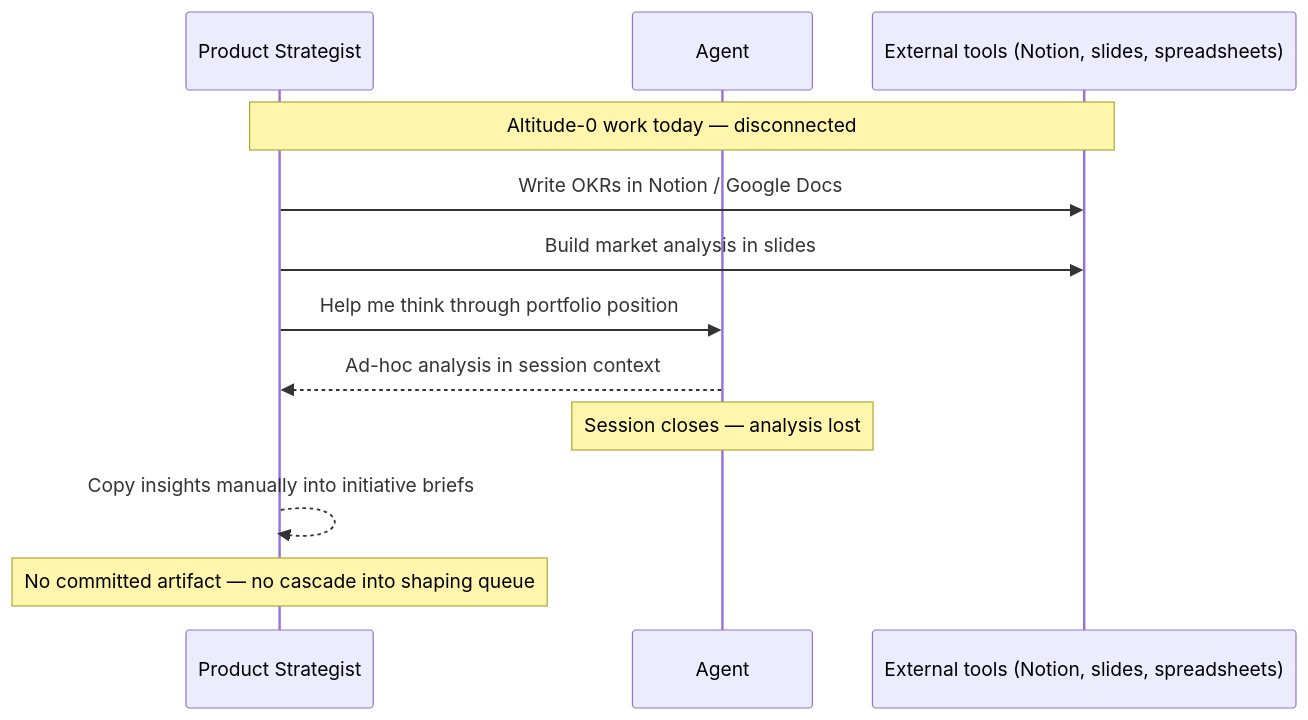
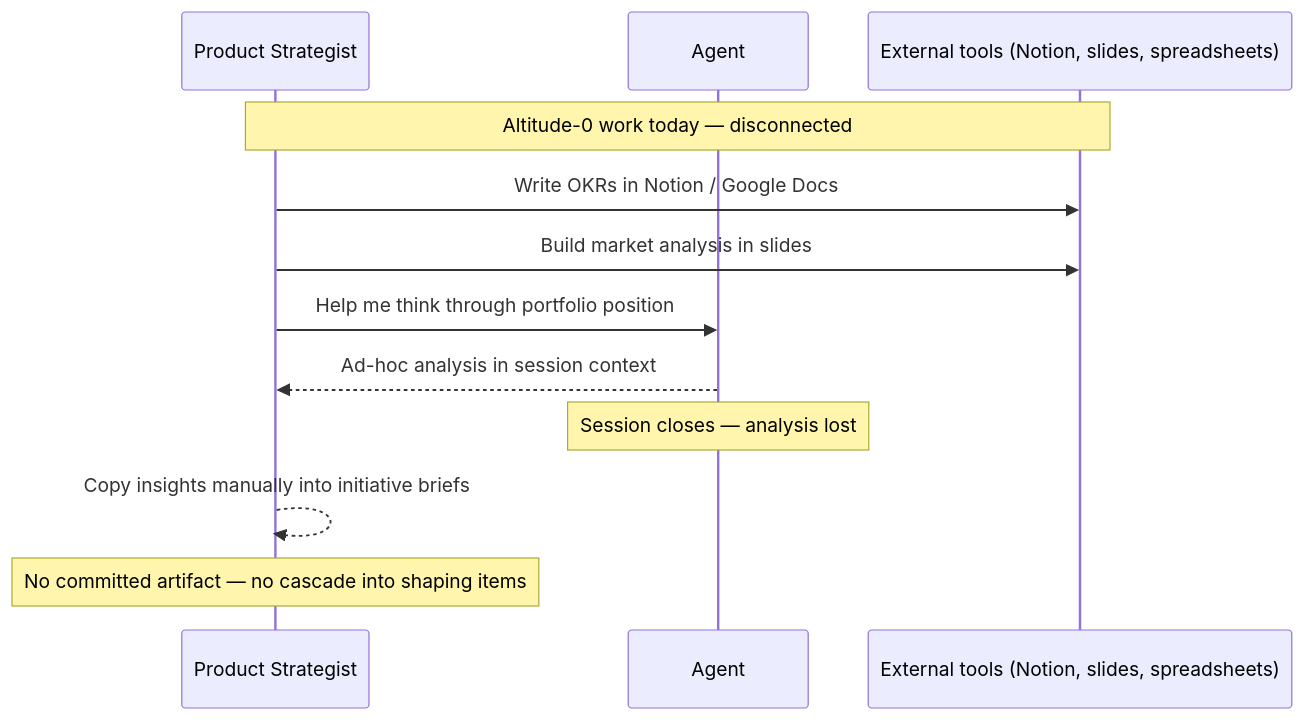
Before and after one commit to eugenelim/agent-ready-repo: the first of 2 diagrams in docs/product/journeys/product-strategist-sets-direction.md, drawn with Mermaid. The commit also changed other lines of this file and 213 other files, not shown here.

````diff
--- a/docs/product/journeys/product-strategist-sets-direction.md
+++ b/docs/product/journeys/product-strategist-sets-direction.md
@@ -57,15 +57,15 @@
 ```mermaid
 sequenceDiagram
     participant S as Product Strategist
     participant A as Agent
     participant F as External tools (Notion, slides, spreadsheets)
 
     Note over S,F: Altitude-0 work today — disconnected
     S->>F: Write OKRs in Notion / Google Docs
     S->>F: Build market analysis in slides
     S->>A: Help me think through portfolio position
     A-->>S: Ad-hoc analysis in session context
     Note over A: Session closes — analysis lost
     S-->>S: Copy insights manually into initiative briefs
-    Note over S: No committed artifact — no cascade into shaping queue
+    Note over S: No committed artifact — no cascade into shaping items
 ```
````
